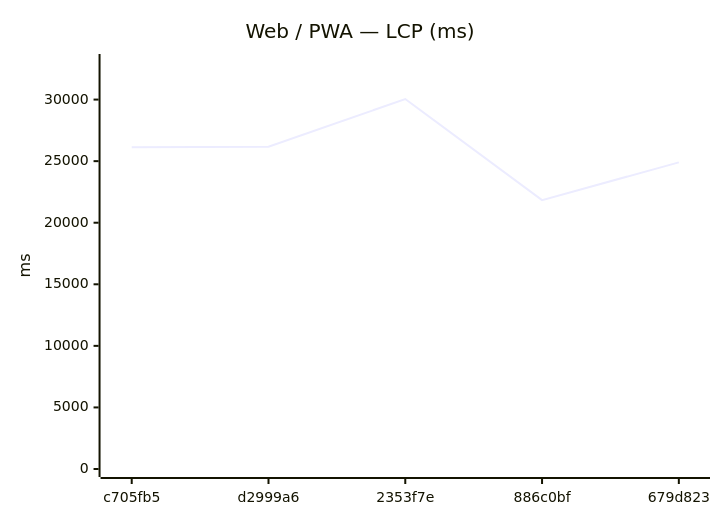
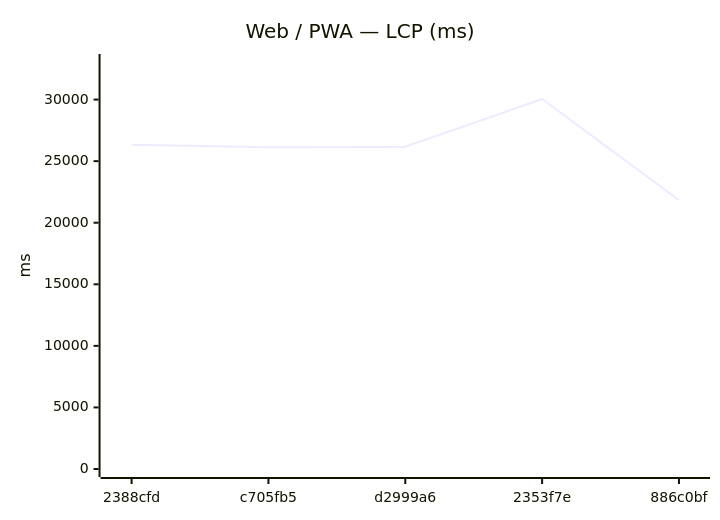
The fifth of 12 diagrams in benchmarks/compare.md (Metaheurist/Rianell), drawn with Mermaid before and after one commit. The commit also changed other lines of this file and 8 other files, not shown here.

````diff
--- a/benchmarks/compare.md
+++ b/benchmarks/compare.md
@@ -82,7 +82,7 @@
 ```mermaid
 xychart-beta
     title "Web / PWA — LCP (ms)"
-    x-axis ["c705fb5", "d2999a6", "2353f7e", "886c0bf", "679d823"]
+    x-axis ["2388cfd", "c705fb5", "d2999a6", "2353f7e", "886c0bf"]
     y-axis "ms" 0 --> 33052
-    line [26120, 26164, 30047, 21835, 24900]
+    line [26326, 26120, 26164, 30047, 21835]
 ```
````
